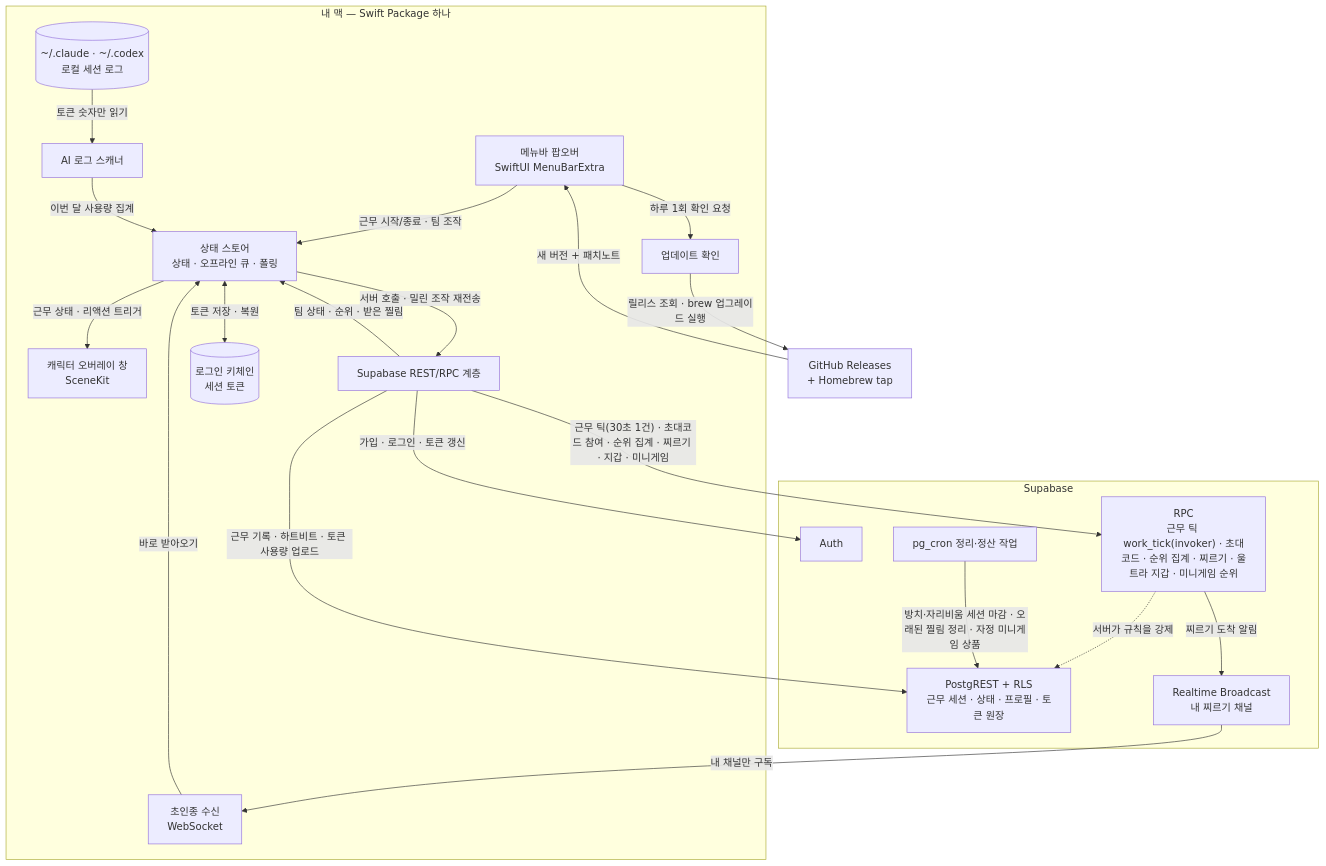
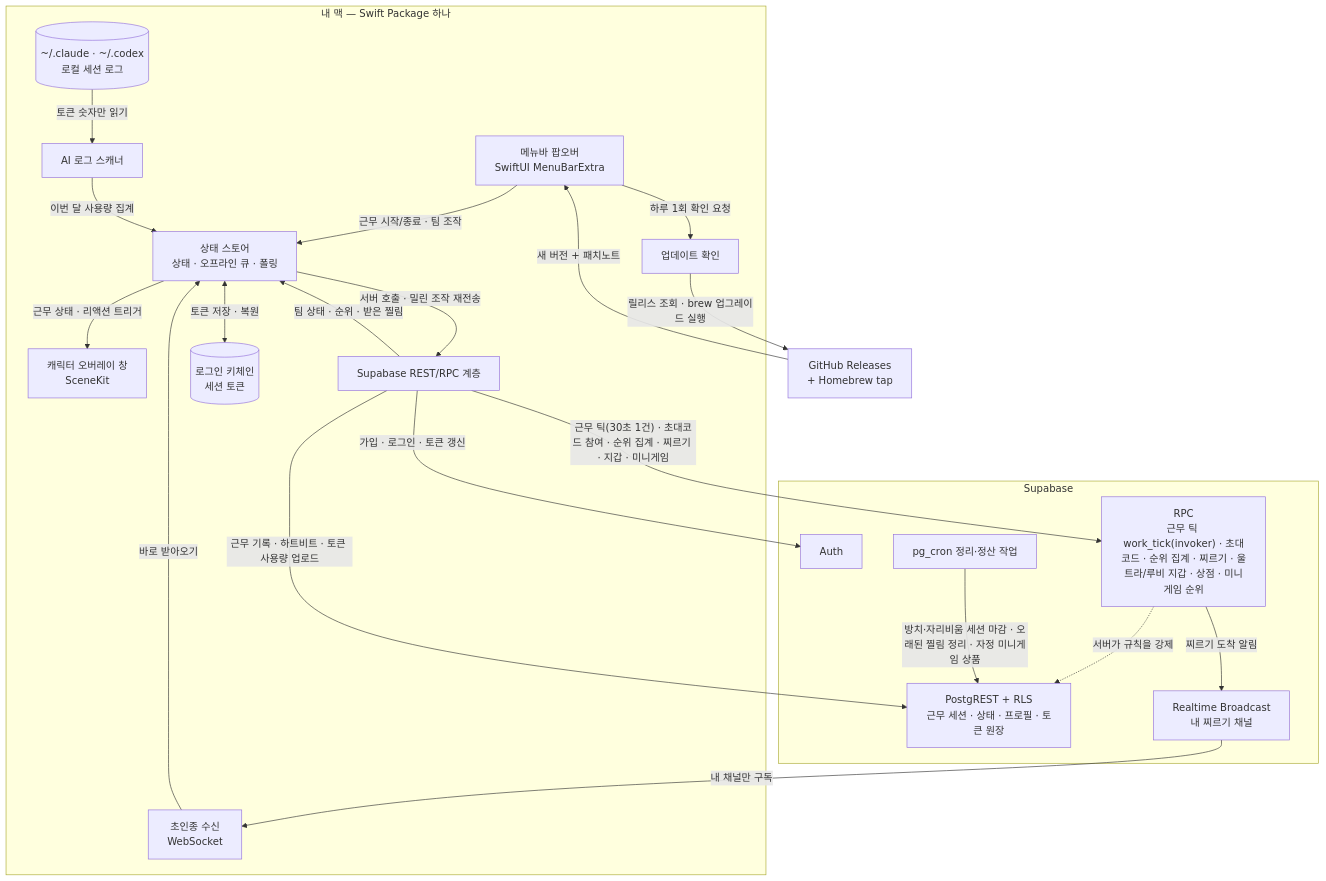
Before and after one commit to yehsung/check: the diagram in README.md, drawn with Mermaid. The commit also changed other lines of this file, not shown here.

First line of the commit message:
docs(readme): 캐릭터 6종 · 루비와 상점 · 울트라 규칙 변경을 반영

````diff
--- a/README.md
+++ b/README.md
@@ -72,45 +83,45 @@
 ```mermaid
 flowchart TD
     subgraph mac["내 맥 — Swift Package 하나"]
         menu["메뉴바 팝오버<br/>SwiftUI MenuBarExtra"]
         overlay["캐릭터 오버레이 창<br/>SceneKit"]
         store["상태 스토어<br/>상태 · 오프라인 큐 · 폴링"]
         rest["Supabase REST/RPC 계층"]
         ring["초인종 수신<br/>WebSocket"]
         scanner["AI 로그 스캐너"]
         logs[("~/.claude · ~/.codex<br/>로컬 세션 로그")]
         keychain[("로그인 키체인<br/>세션 토큰")]
         updater["업데이트 확인"]
     end
 
     subgraph sb["Supabase"]
         auth["Auth"]
         db["PostgREST + RLS<br/>근무 세션 · 상태 · 프로필 · 토큰 원장"]
-        rpc["RPC<br/>근무 틱 work_tick(invoker) · 초대코드 · 순위 집계 · 찌르기 · 울트라 지갑 · 미니게임 순위"]
+        rpc["RPC<br/>근무 틱 work_tick(invoker) · 초대코드 · 순위 집계 · 찌르기 · 울트라/루비 지갑 · 상점 · 미니게임 순위"]
         realtime["Realtime Broadcast<br/>내 찌르기 채널"]
         cron["pg_cron 정리·정산 작업"]
     end
 
     gh["GitHub Releases<br/>+ Homebrew tap"]
 
     menu -->|"근무 시작/종료 · 팀 조작"| store
     store -->|"근무 상태 · 리액션 트리거"| overlay
     logs -->|"토큰 숫자만 읽기"| scanner
     scanner -->|"이번 달 사용량 집계"| store
     store <-->|"토큰 저장 · 복원"| keychain
 
     store -->|"서버 호출 · 밀린 조작 재전송"| rest
     rest -->|"팀 상태 · 순위 · 받은 찔림"| store
     rest -->|"가입 · 로그인 · 토큰 갱신"| auth
     rest -->|"근무 기록 · 하트비트 · 토큰 사용량 업로드"| db
     rest -->|"근무 틱(30초 1건) · 초대코드 참여 · 순위 집계 · 찌르기 · 지갑 · 미니게임"| rpc
     rpc -.->|"서버가 규칙을 강제"| db
     rpc -->|"찌르기 도착 알림"| realtime
     realtime -->|"내 채널만 구독"| ring
     ring -->|"바로 받아오기"| store
     cron -->|"방치·자리비움 세션 마감 · 오래된 찔림 정리 · 자정 미니게임 상품"| db
 
     menu -->|"하루 1회 확인 요청"| updater
     updater -->|"릴리스 조회 · brew 업그레이드 실행"| gh
     gh -->|"새 버전 + 패치노트"| menu
 ```
````
